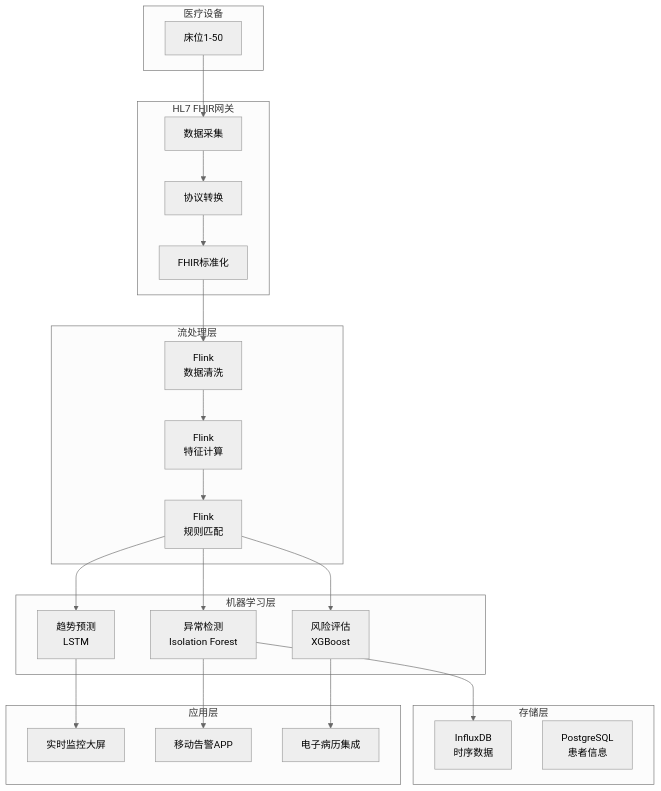
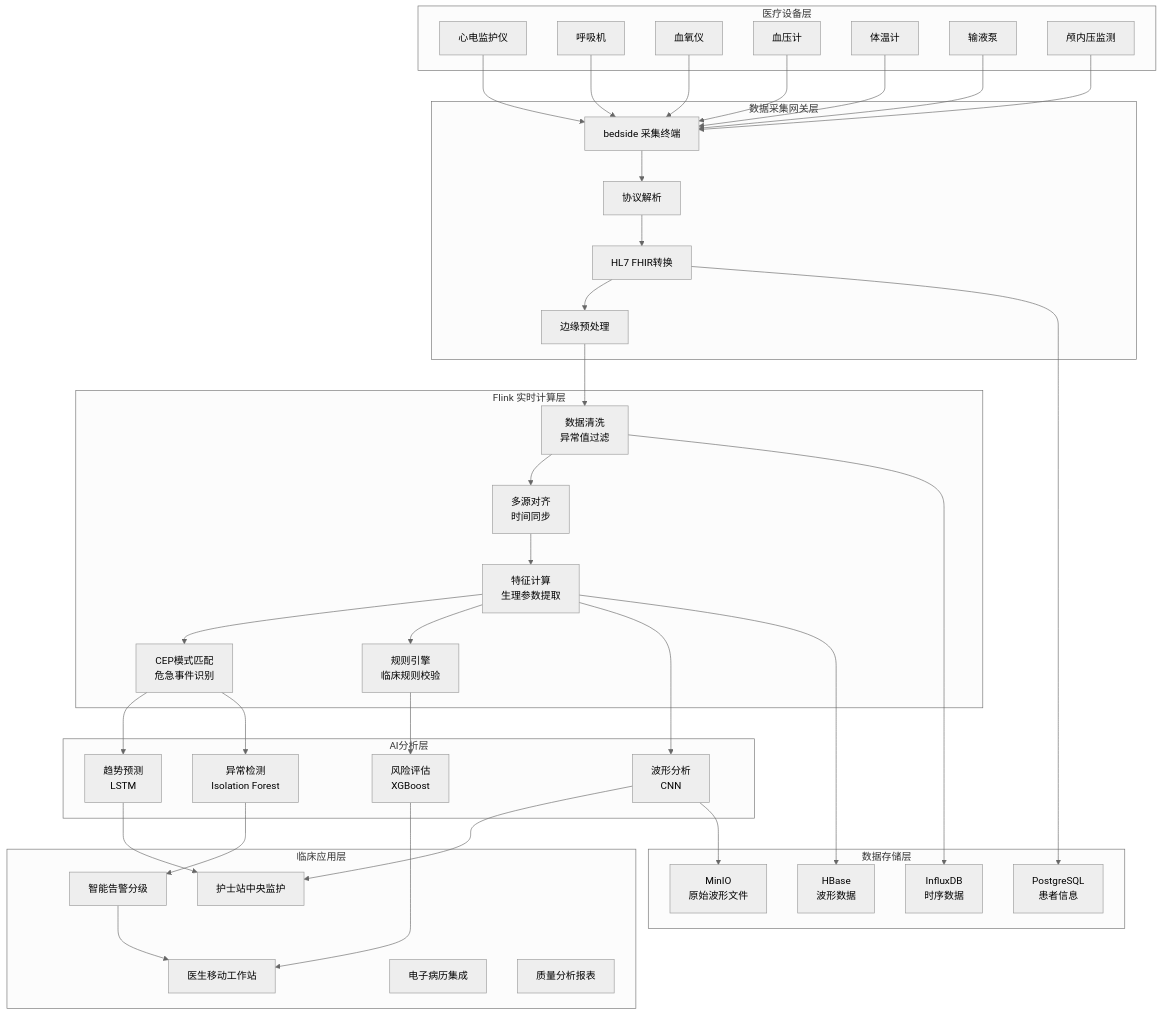
Before and after one commit to AdaMartin18010/AnalysisDataFlow: the first of 4 diagrams in phase2-case-studies/healthcare/11.2.1-icu-realtime-monitoring.md, drawn with Mermaid (neutral theme). The commit also changed other lines of this file and 254 other files, not shown here.

````diff
--- a/phase2-case-studies/healthcare/11.2.1-icu-realtime-monitoring.md
+++ b/phase2-case-studies/healthcare/11.2.1-icu-realtime-monitoring.md
@@ -102,44 +181,74 @@
 ```mermaid
 graph TB
-    subgraph Device[医疗设备]
-        Bed1[床位1-50]
+    subgraph 设备层["医疗设备层"]
+        A1[心电监护仪]
+        A2[呼吸机]
+        A3[血氧仪]
+        A4[血压计]
+        A5[体温计]
+        A6[输液泵]
+        A7[颅内压监测]
     end
 
-    subgraph Gateway[HL7 FHIR网关]
-        G1[数据采集]
-        G2[协议转换]
-        G3[FHIR标准化]
+    subgraph 网关层["数据采集网关层"]
+        B1[ bedside 采集终端]
+        B2[协议解析]
+        B3[HL7 FHIR转换]
+        B4[边缘预处理]
     end
 
-    subgraph Stream[流处理层]
-        F1[Flink<br/>数据清洗]
-        F2[Flink<br/>特征计算]
-        F3[Flink<br/>规则匹配]
+    subgraph 流处理层["Flink 实时计算层"]
+        C1[数据清洗<br/>异常值过滤]
+        C2[多源对齐<br/>时间同步]
+        C3[特征计算<br/>生理参数提取]
+        C4[CEP模式匹配<br/>危急事件识别]
+        C5[规则引擎<br/>临床规则校验]
     end
 
-    subgraph ML[机器学习层]
-        M1[异常检测<br/>Isolation Forest]
-        M2[趋势预测<br/>LSTM]
-        M3[风险评估<br/>XGBoost]
+    subgraph 智能分析层["AI分析层"]
+        D1[趋势预测<br/>LSTM]
+        D2[异常检测<br/>Isolation Forest]
+        D3[风险评估<br/>XGBoost]
+        D4[波形分析<br/>CNN]
     end
 
-    subgraph Storage[存储层]
-        I1[InfluxDB<br/>时序数据]
-        P1[PostgreSQL<br/>患者信息]
+    subgraph 存储层["数据存储层"]
+        E1[InfluxDB<br/>时序数据]
+        E2[HBase<br/>波形数据]
+        E3[PostgreSQL<br/>患者信息]
+        E4[MinIO<br/>原始波形文件]
     end
 
-    subgraph App[应用层]
-        A1[实时监控大屏]
-        A2[移动告警APP]
-        A3[电子病历集成]
+    subgraph 应用层["临床应用层"]
+        F1[护士站中央监护]
+        F2[医生移动工作站]
+        F3[智能告警分级]
+        F4[电子病历集成]
+        F5[质量分析报表]
     end
 
-    Bed1 --> G1 --> G2 --> G3
-    G3 --> F1 --> F2 --> F3
-    F3 --> M1 --> A2
-    F3 --> M2
-    F3 --> M3
-    M1 --> I1
-    M2 --> A1
-    M3 --> A3
+    A1 --> B1
+    A2 --> B1
+    A3 --> B1
+    A4 --> B1
+    A5 --> B1
+    A6 --> B1
+    A7 --> B1
+    B1 --> B2 --> B3 --> B4
+    B4 --> C1 --> C2 --> C3
+    C3 --> C4
+    C3 --> C5
+    C4 --> D1
+    C4 --> D2
+    C5 --> D3
+    C3 --> D4
+    D1 --> F1
+    D2 --> F3
+    D3 --> F2
+    D4 --> F1
+    C1 --> E1
+    C3 --> E2
+    B3 --> E3
+    D4 --> E4
+    F3 --> F2
 ```
````
